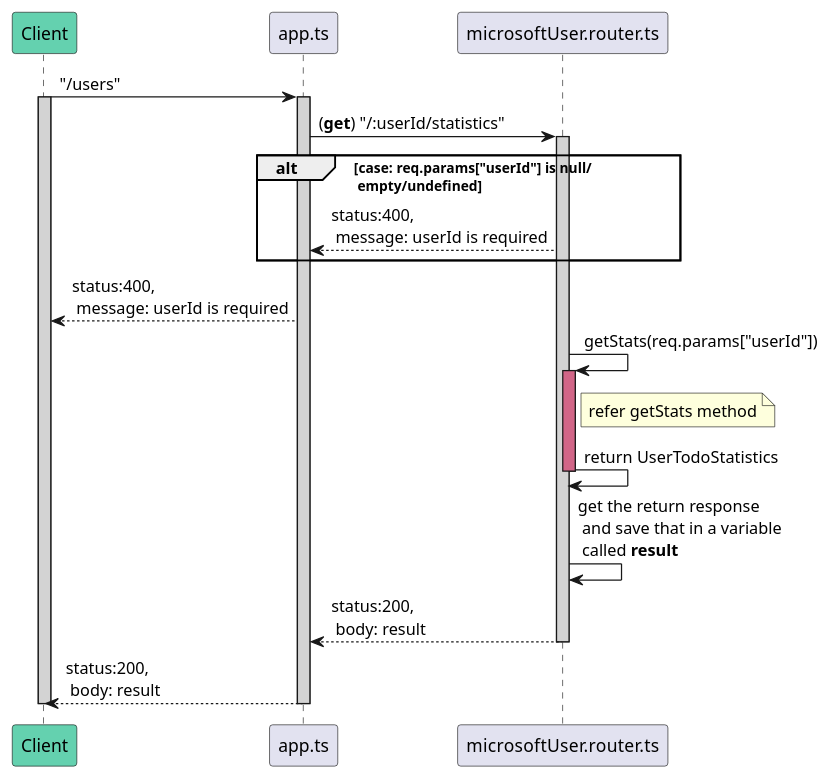
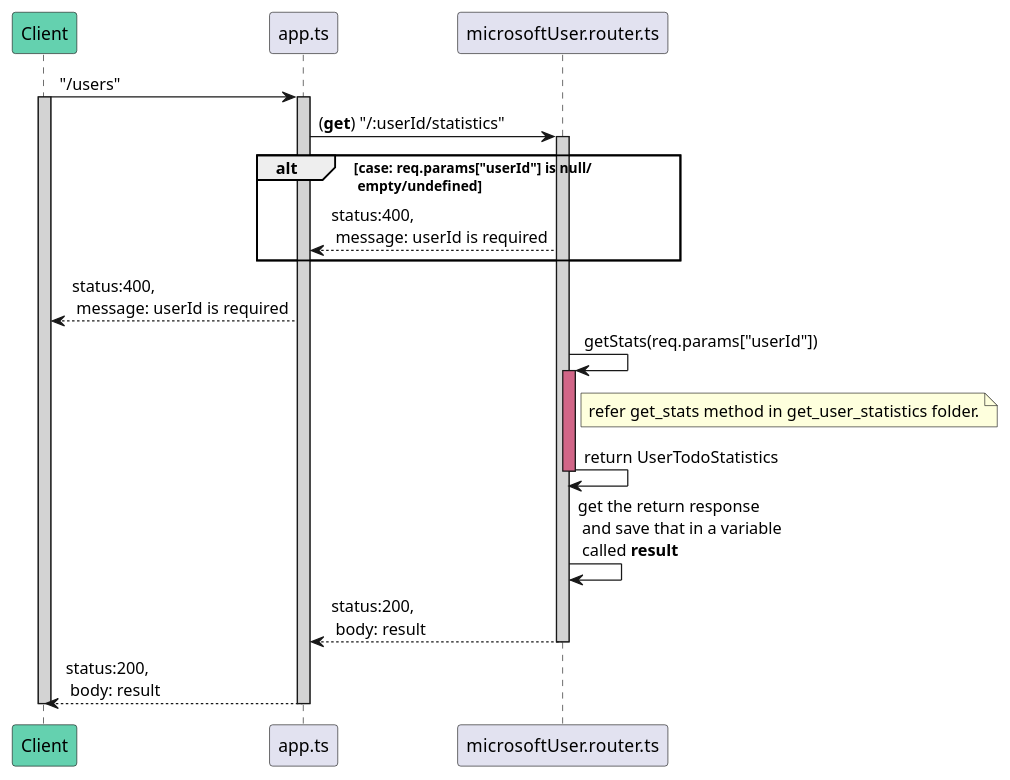
One commit to avasoft-mobility/workday-design changed the diagram in backend/services_design/user_service/sequence_diagram/get_user_statistics/get_user_statistics.sequence.puml. Above: the diagram before and after it, drawn with PlantUML. The commit also changed 8 other files, not shown here.

```diff
--- a/backend/services_design/user_service/sequence_diagram/get_user_statistics/get_user_statistics.sequence.puml
+++ b/backend/services_design/user_service/sequence_diagram/get_user_statistics/get_user_statistics.sequence.puml
@@ -1,26 +1,26 @@
 @startuml get user statistics
 participant Client #64D1AF
 participant app.ts
 participant microsoftUser.router.ts
 
 Client -> app.ts : "/users"
 activate Client #D3D3D3
     activate app.ts #D3D3D3
     app.ts -> microsoftUser.router.ts : (**get**) "/:userId/statistics"
     activate microsoftUser.router.ts #D3D3D3
         alt case: req.params["userId"] is null/\n empty/undefined
             app.ts <-- microsoftUser.router.ts : status:400,\n message: userId is required
         end
         Client <-- app.ts : status:400,\n message: userId is required
         microsoftUser.router.ts -> microsoftUser.router.ts : getStats(req.params["userId"])
         activate microsoftUser.router.ts #D16587
-            note right of microsoftUser.router.ts : refer getStats method
+            note right of microsoftUser.router.ts : refer get_stats method in get_user_statistics folder.
             microsoftUser.router.ts -> microsoftUser.router.ts: return UserTodoStatistics
         deactivate microsoftUser.router.ts
         microsoftUser.router.ts -> microsoftUser.router.ts: get the return response\n and save that in a variable\n called **result**
         app.ts <-- microsoftUser.router.ts : status:200,\n body: result
     deactivate microsoftUser.router.ts
     Client <-- app.ts : status:200,\n body: result
     deactivate app.ts
 deactivate Client
 @enduml
```
